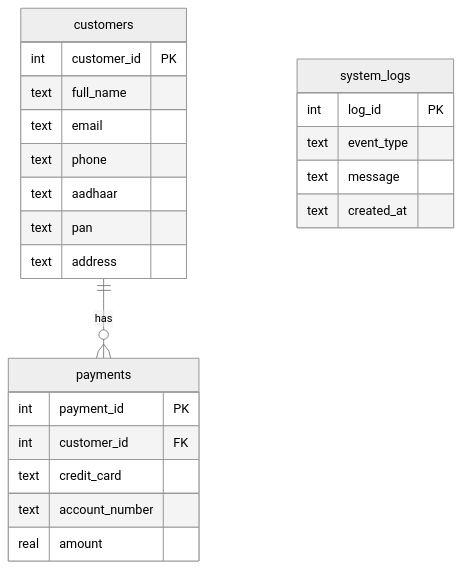
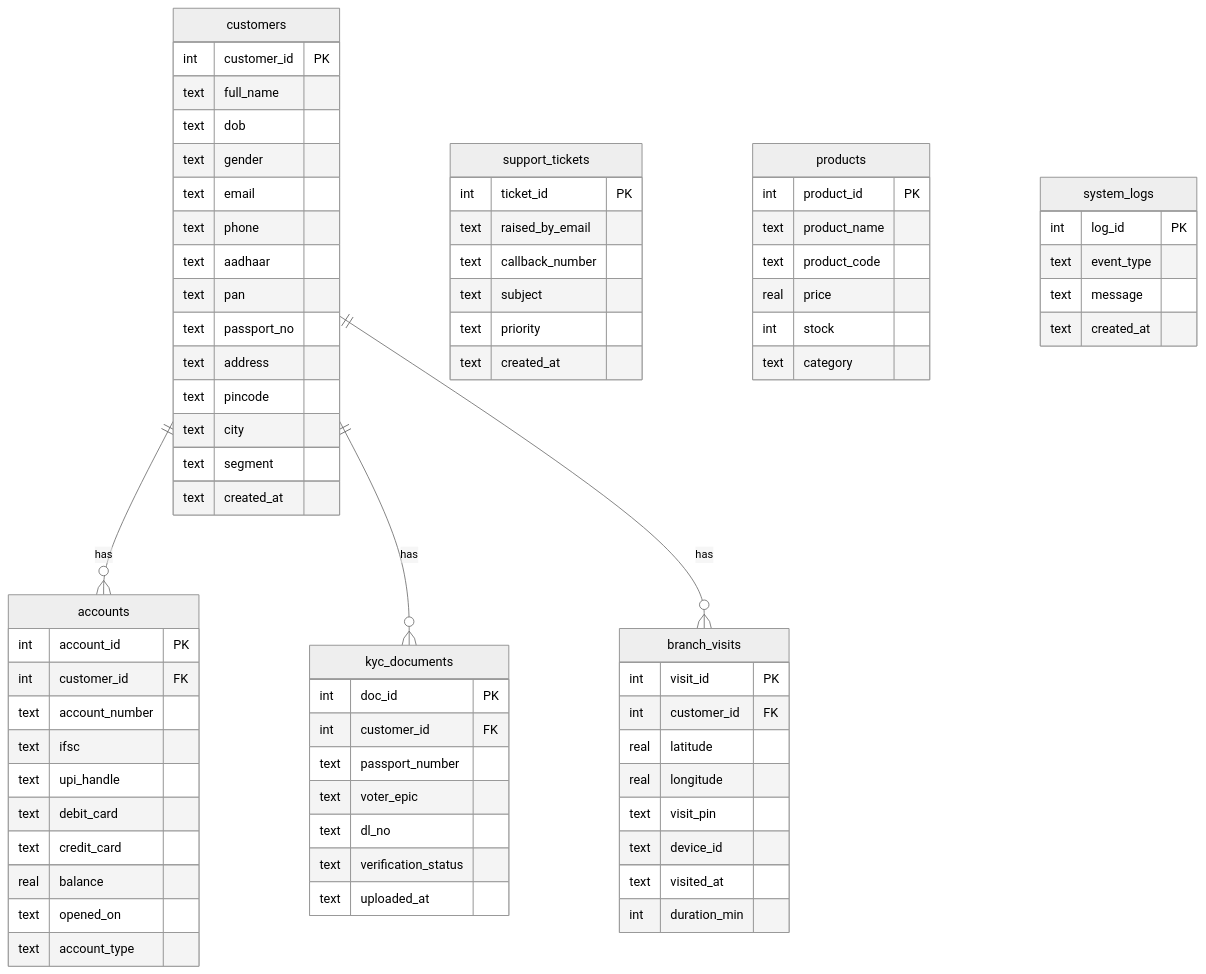
Before and after one commit to aiori-hackathon/A3-PS019-TC210: the sixth of 6 diagrams in README.md, drawn with Mermaid (neutral theme). The commit also changed other lines of this file, not shown here.

````diff
--- a/README.md
+++ b/README.md
@@ -768,26 +871,75 @@
 ```mermaid
 erDiagram
     customers {
         int customer_id PK
         text full_name
+        text dob
+        text gender
         text email
         text phone
         text aadhaar
         text pan
+        text passport_no
         text address
+        text pincode
+        text city
+        text segment
+        text created_at
     }
-    payments {
-        int payment_id PK
+    accounts {
+        int account_id PK
         int customer_id FK
+        text account_number
+        text ifsc
+        text upi_handle
+        text debit_card
         text credit_card
-        text account_number
-        real amount
+        real balance
+        text opened_on
+        text account_type
+    }
+    kyc_documents {
+        int doc_id PK
+        int customer_id FK
+        text passport_number
+        text voter_epic
+        text dl_no
+        text verification_status
+        text uploaded_at
+    }
+    branch_visits {
+        int visit_id PK
+        int customer_id FK
+        real latitude
+        real longitude
+        text visit_pin
+        text device_id
+        text visited_at
+        int duration_min
+    }
+    support_tickets {
+        int ticket_id PK
+        text raised_by_email
+        text callback_number
+        text subject
+        text priority
+        text created_at
+    }
+    products {
+        int product_id PK
+        text product_name
+        text product_code
+        real price
+        int stock
+        text category
     }
     system_logs {
         int log_id PK
         text event_type
         text message
         text created_at
     }
-    customers ||--o{ payments : "has"
+    customers ||--o{ accounts : "has"
+    customers ||--o{ kyc_documents : "has"
+    customers ||--o{ branch_visits : "has"
 ```
````
